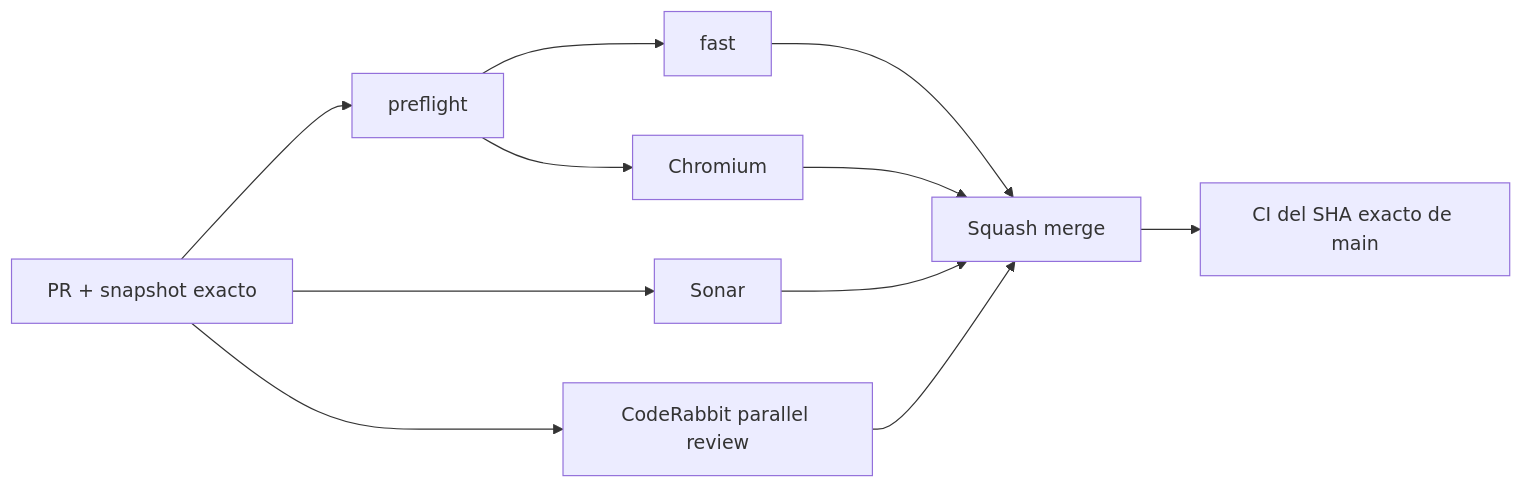
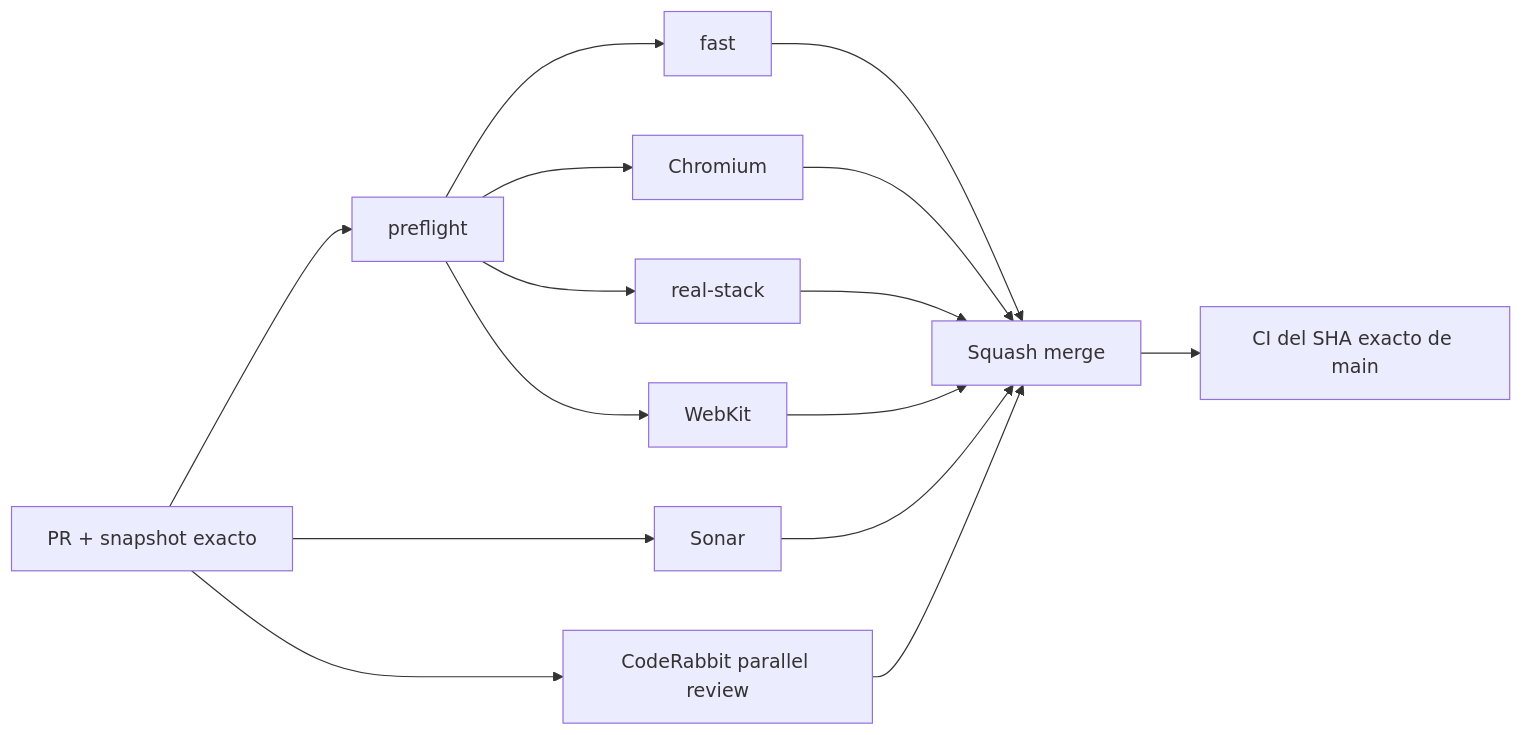
One commit to pl0n3r/brvtal changed the diagram in README.md. Above: the diagram before and after it, drawn with Mermaid. The commit also changed other lines of this file and 7 other files, not shown here.

````diff
--- a/README.md
+++ b/README.md
@@ -48,13 +49,17 @@
 ```mermaid
 flowchart LR
  A["PR + snapshot exacto"] --> P["preflight"]
  P --> F["fast"]
  P --> B["Chromium"]
+ P --> R["real-stack"]
+ P --> W["WebKit"]
  A --> S["Sonar"]
  A --> C["CodeRabbit parallel review"]
  F --> M["Squash merge"]
  B --> M
+ R --> M
+ W --> M
  S --> M
  C --> M
  M --> X["CI del SHA exacto de main"]
 ```
````
